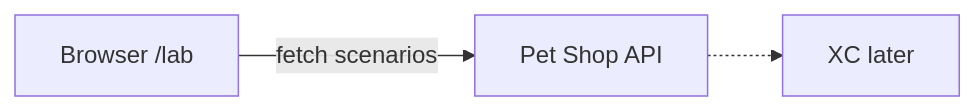
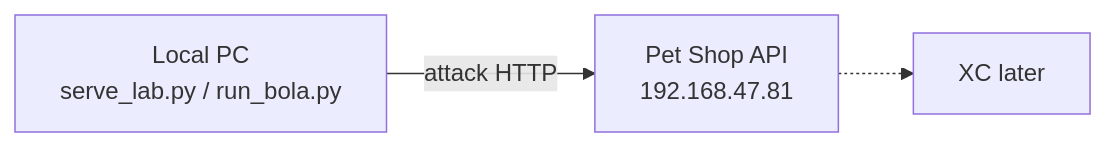
Before and after one commit to mink0119/XC-PoC: the diagram in docs/SCENARIOS.md, drawn with Mermaid. The commit also changed other lines of this file and 8 other files, not shown here.

First line of the commit message:
Run BOLA attacks from a local lab UI with request/response logs.

````diff
--- a/docs/SCENARIOS.md
+++ b/docs/SCENARIOS.md
@@ -18,8 +7,8 @@
 ```mermaid
 flowchart LR
-  ui["Browser /lab"]
-  api["Pet Shop API"]
+  local["Local PC\nserve_lab.py / run_bola.py"]
+  api["Pet Shop API\n192.168.47.81"]
   xc["XC later"]
-  ui -->|"fetch scenarios"| api
+  local -->|"attack HTTP"| api
   api -.-> xc
 ```
````
